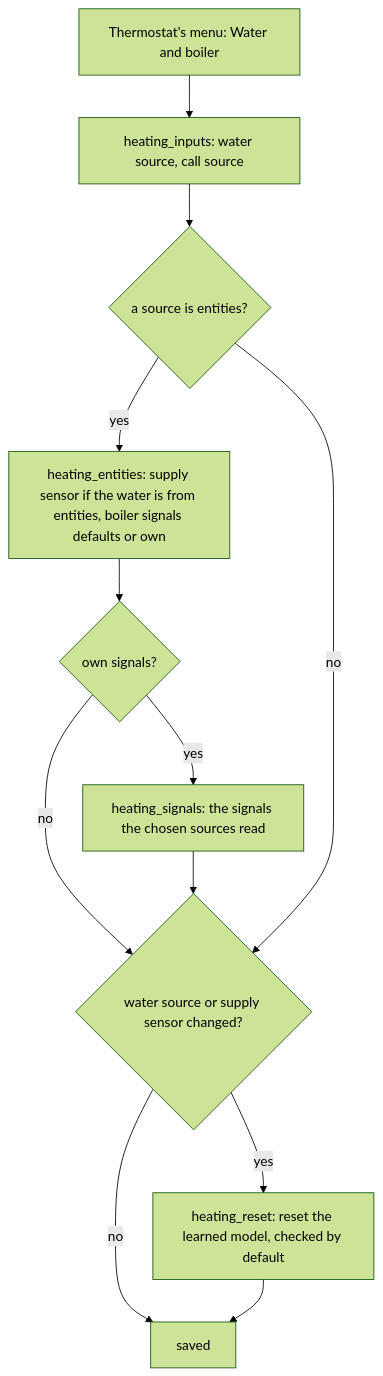
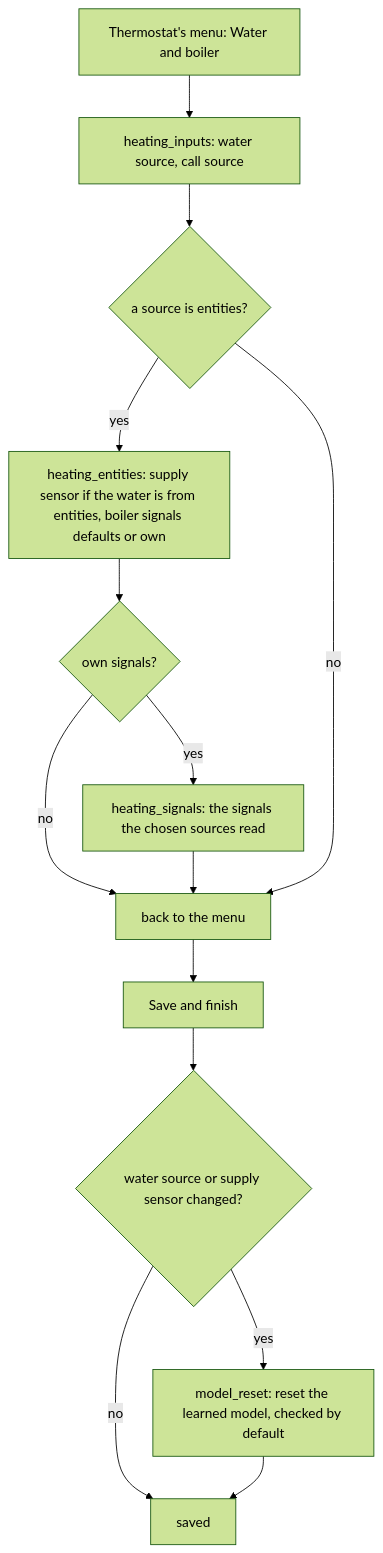
Before and after one commit to Shadow-230/vtherm_smartpi: the first of 6 diagrams in documentation/en/water_input.md, drawn with Mermaid (forest theme). The commit also changed other lines of this file and 28 other files, not shown here.

````diff
--- a/documentation/en/water_input.md
+++ b/documentation/en/water_input.md
@@ -119,14 +123,16 @@
 ```mermaid
 flowchart TD
     M[Thermostat's menu: Water and boiler] --> S[heating_inputs: water source, call source]
     S --> E{a source is entities?}
     E -- yes --> F[heating_entities: supply sensor if the water is from entities, boiler signals defaults or own]
     F --> O{own signals?}
     O -- yes --> G[heating_signals: the signals the chosen sources read]
-    O -- no --> R
-    G --> R{water source or supply sensor changed?}
-    E -- no --> R
-    R -- yes --> Q[heating_reset: reset the learned model, checked by default]
+    O -- no --> B[back to the menu]
+    G --> B
+    E -- no --> B
+    B --> SV[Save and finish]
+    SV --> R{water source or supply sensor changed?}
+    R -- yes --> Q[model_reset: reset the learned model, checked by default]
     R -- no --> V[saved]
     Q --> V
 ```
````
